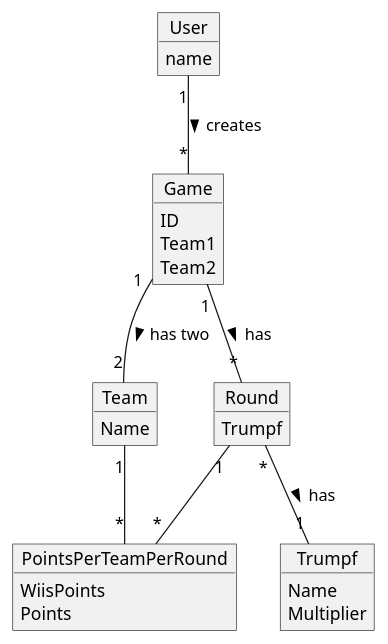
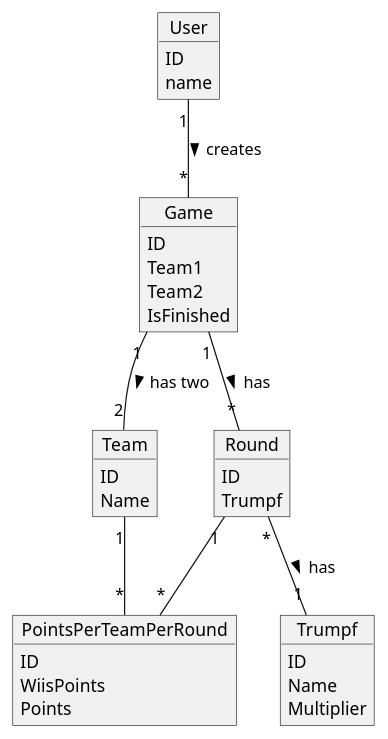
One commit to moschi/VSS_CT changed the diagram in erd.plantuml. Above: the diagram before and after it, drawn with PlantUML.

Commit message:
add detail to erd

```diff
--- a/erd.plantuml
+++ b/erd.plantuml
@@ -1,38 +1,44 @@
 @startuml ERD
 
 object User {
+    ID
     name
 }
 
 object Game {
     ID
     Team1
     Team2
+    IsFinished
 }
 
 object Team {
+    ID
     Name
 }
 
 object Round {
+    ID
     Trumpf
 }
 
 object PointsPerTeamPerRound {
+    ID
     WiisPoints
     Points
 }
 
 object Trumpf {
+    ID
     Name
     Multiplier
 }
 
 User "1" -- "*" Game : creates >
 Game "1" -- "*" Round : has >
 Game "1" -- "2" Team : has two >
 Round "*" -- "1" Trumpf : has >
 Round "1" -- "*" PointsPerTeamPerRound
 Team "1" -- "*" PointsPerTeamPerRound
 
 @enduml
```
